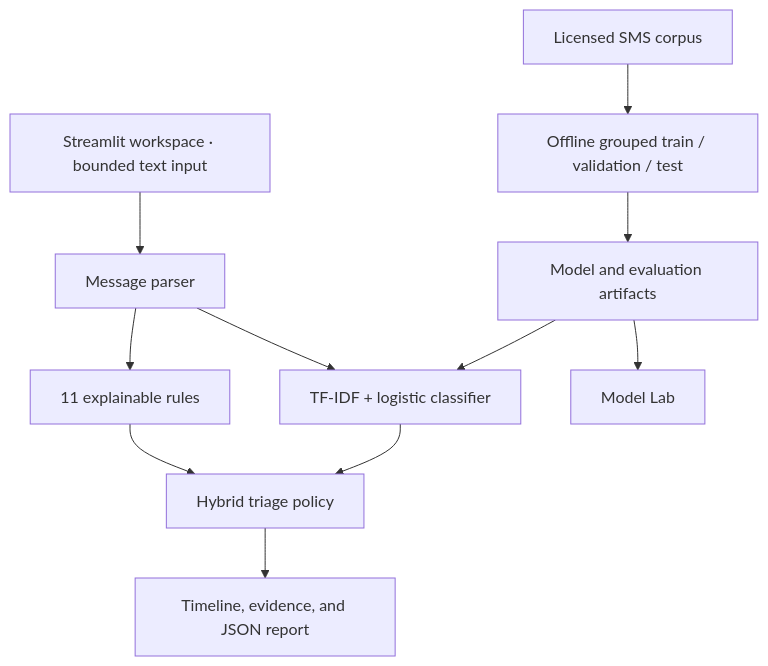
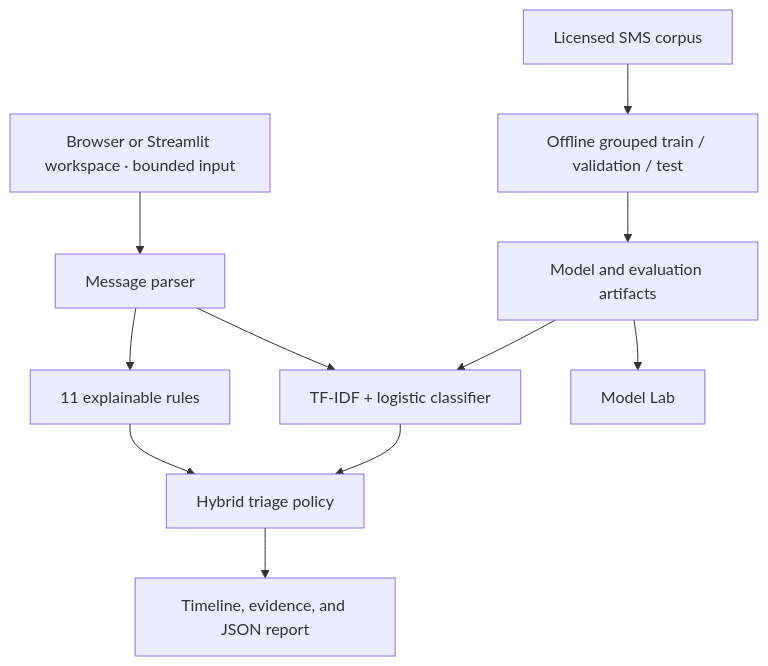
Before and after one commit to nebilali1/scamsignal: the diagram in README.md, drawn with Mermaid. The commit also changed other lines of this file and 15 other files, not shown here.

````diff
--- a/README.md
+++ b/README.md
@@ -92,13 +110,13 @@
 ```mermaid
 flowchart TD
-    A["Streamlit workspace · bounded text input"] --> B["Message parser"]
+    A["Browser or Streamlit workspace · bounded input"] --> B["Message parser"]
     B --> C["11 explainable rules"]
     B --> D["TF-IDF + logistic classifier"]
     C --> E["Hybrid triage policy"]
     D --> E
     E --> F["Timeline, evidence, and JSON report"]
     G["Licensed SMS corpus"] --> H["Offline grouped train / validation / test"]
     H --> I["Model and evaluation artifacts"]
     I --> D
     I --> J["Model Lab"]
 ```
````
